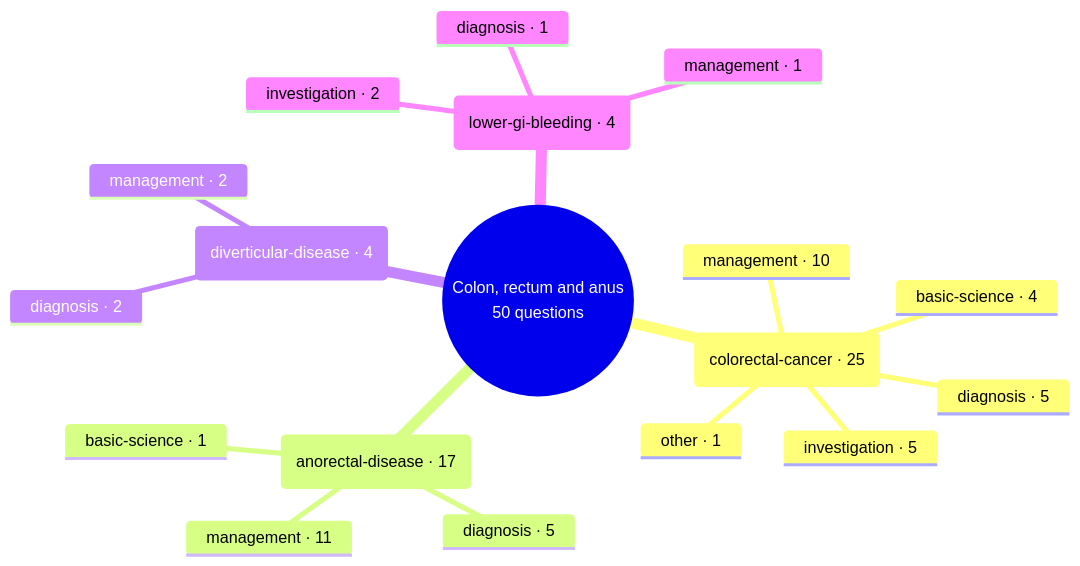
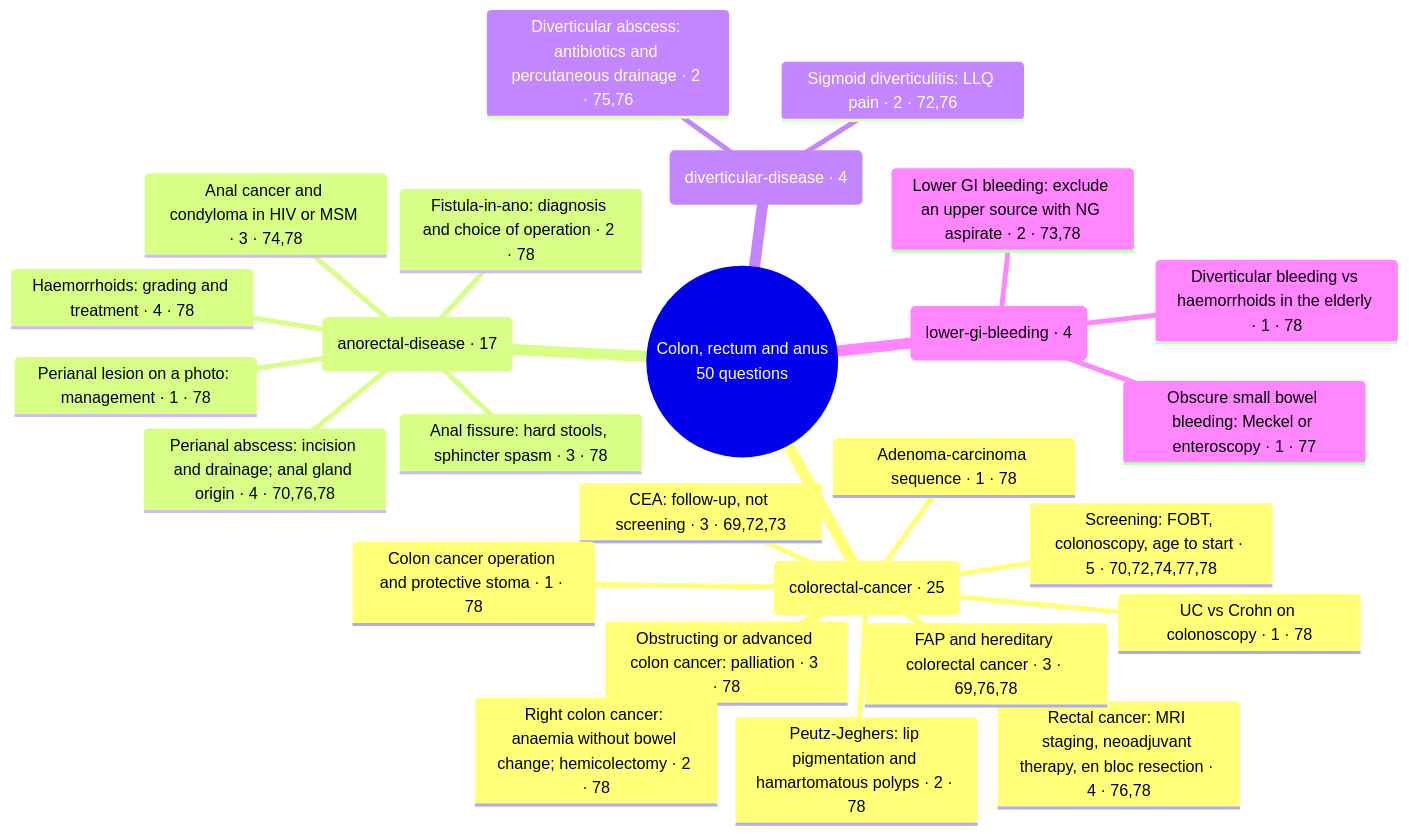
Before and after one commit to playerplayrh/surgery-year-4: the diagram in exam-map/mind-maps/colon-rectum-and-anus.md, drawn with Mermaid. The commit also changed other lines of this file and 41 other files, not shown here.

First line of the commit message:
Exam tags: add concept field; mind maps show concept leaves with counts and cohorts

````diff
--- a/exam-map/mind-maps/colon-rectum-and-anus.md
+++ b/exam-map/mind-maps/colon-rectum-and-anus.md
@@ -14,21 +14,29 @@
 ```mermaid
 mindmap
   root((Colon, rectum and anus<br>50 questions))
     (colorectal-cancer · 25)
-      diagnosis · 5
-      investigation · 5
-      management · 10
-      basic-science · 4
-      other · 1
+      Screening: FOBT, colonoscopy, age to start · 5 · 70,72,74,77,78
+      Rectal cancer: MRI staging, neoadjuvant therapy, en bloc resection · 4 · 76,78
+      CEA: follow-up, not screening · 3 · 69,72,73
+      FAP and hereditary colorectal cancer · 3 · 69,76,78
+      Obstructing or advanced colon cancer: palliation · 3 · 78
+      Peutz-Jeghers: lip pigmentation and hamartomatous polyps · 2 · 78
+      Right colon cancer: anaemia without bowel change; hemicolectomy · 2 · 78
+      Adenoma-carcinoma sequence · 1 · 78
+      Colon cancer operation and protective stoma · 1 · 78
+      UC vs Crohn on colonoscopy · 1 · 78
     (anorectal-disease · 17)
-      diagnosis · 5
-      management · 11
-      basic-science · 1
+      Haemorrhoids: grading and treatment · 4 · 78
+      Perianal abscess: incision and drainage; anal gland origin · 4 · 70,76,78
+      Anal cancer and condyloma in HIV or MSM · 3 · 74,78
+      Anal fissure: hard stools, sphincter spasm · 3 · 78
+      Fistula-in-ano: diagnosis and choice of operation · 2 · 78
+      Perianal lesion on a photo: management · 1 · 78
     (diverticular-disease · 4)
-      diagnosis · 2
-      management · 2
+      Diverticular abscess: antibiotics and percutaneous drainage · 2 · 75,76
+      Sigmoid diverticulitis: LLQ pain · 2 · 72,76
     (lower-gi-bleeding · 4)
-      diagnosis · 1
-      investigation · 2
-      management · 1
+      Lower GI bleeding: exclude an upper source with NG aspirate · 2 · 73,78
+      Diverticular bleeding vs haemorrhoids in the elderly · 1 · 78
+      Obscure small bowel bleeding: Meckel or enteroscopy · 1 · 77
 ```
````
